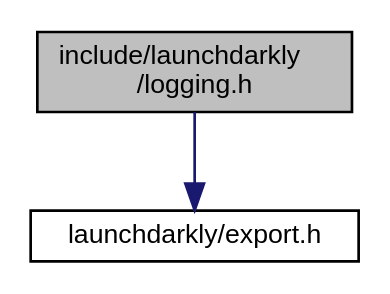
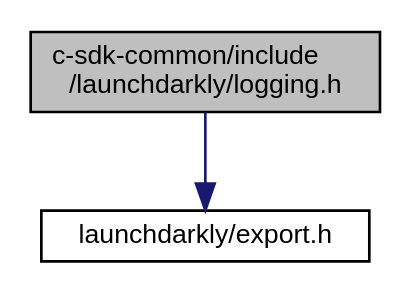
One commit to launchdarkly/c-server-sdk changed the diagram in logging_8h__incl.dot. Above: the diagram before and after it, drawn with Graphviz. The commit also changed 43 other files, not shown here.

```diff
--- a/logging_8h__incl.dot
+++ b/logging_8h__incl.dot
@@ -1,8 +1,8 @@
-digraph "include/launchdarkly/logging.h"
+digraph "c-sdk-common/include/launchdarkly/logging.h"
 {
   edge [fontname="Helvetica",fontsize="10",labelfontname="Helvetica",labelfontsize="10"];
   node [fontname="Helvetica",fontsize="10",shape=record];
-  Node0 [label="include/launchdarkly\l/logging.h",height=0.2,width=0.4,color="black", fillcolor="grey75", style="filled", fontcolor="black"];
+  Node0 [label="c-sdk-common/include\l/launchdarkly/logging.h",height=0.2,width=0.4,color="black", fillcolor="grey75", style="filled", fontcolor="black"];
   Node0 -> Node1 [color="midnightblue",fontsize="10",style="solid",fontname="Helvetica"];
   Node1 [label="launchdarkly/export.h",height=0.2,width=0.4,color="black", fillcolor="white", style="filled",URL="$export_8h.html",tooltip="Public. Configuration of exported symbols. "];
 }
```
